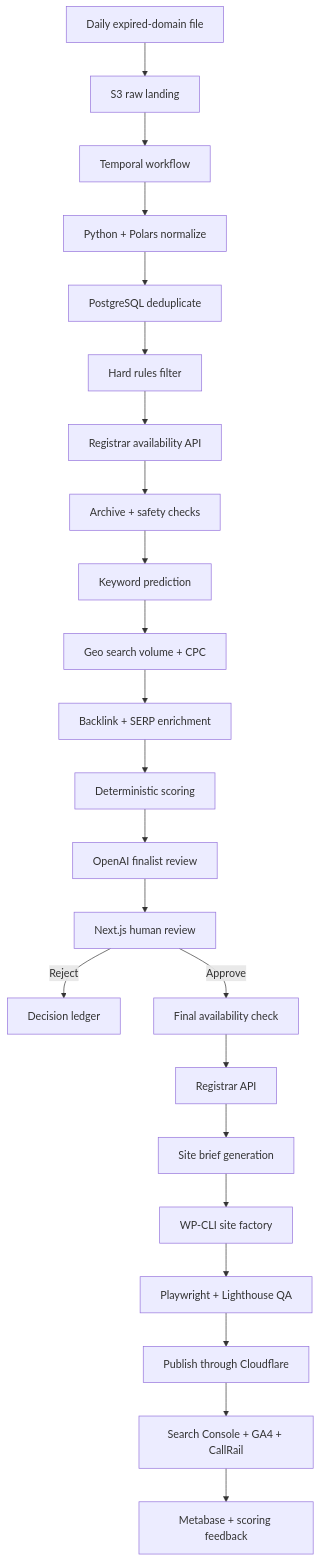
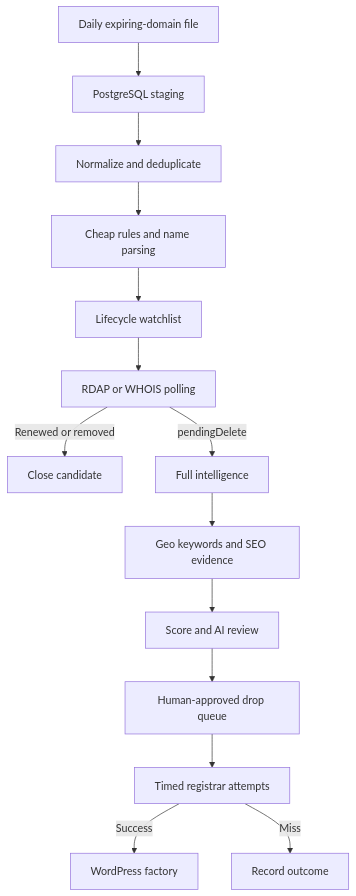
Before and after one commit to wacafla/oovi-docs: the diagram in architecture.md, drawn with Mermaid. The commit also changed other lines of this file and 15 other files, not shown here.

````diff
--- a/architecture.md
+++ b/architecture.md
@@ -13,25 +13,16 @@
 ```mermaid
 flowchart TD
-    A[Daily expired-domain file] --> B[S3 raw landing]
-    B --> C[Temporal workflow]
-    C --> D[Python + Polars normalize]
-    D --> E[PostgreSQL deduplicate]
-    E --> F[Hard rules filter]
-    F --> G[Registrar availability API]
-    G --> H[Archive + safety checks]
-    H --> I[Keyword prediction]
-    I --> J[Geo search volume + CPC]
-    J --> K[Backlink + SERP enrichment]
-    K --> L[Deterministic scoring]
-    L --> M[OpenAI finalist review]
-    M --> N[Next.js human review]
-    N -->|Reject| O[Decision ledger]
-    N -->|Approve| P[Final availability check]
-    P --> Q[Registrar API]
-    Q --> R[Site brief generation]
-    R --> S[WP-CLI site factory]
-    S --> T[Playwright + Lighthouse QA]
-    T --> U[Publish through Cloudflare]
-    U --> V[Search Console + GA4 + CallRail]
-    V --> W[Metabase + scoring feedback]
+    A[Daily expiring-domain file] --> B[PostgreSQL staging]
+    B --> C[Normalize and deduplicate]
+    C --> D[Cheap rules and name parsing]
+    D --> E[Lifecycle watchlist]
+    E --> F[RDAP or WHOIS polling]
+    F -->|Renewed or removed| G[Close candidate]
+    F -->|pendingDelete| H[Full intelligence]
+    H --> I[Geo keywords and SEO evidence]
+    I --> J[Score and AI review]
+    J --> K[Human-approved drop queue]
+    K --> L[Timed registrar attempts]
+    L -->|Success| M[WordPress factory]
+    L -->|Miss| N[Record outcome]
 ```
````
